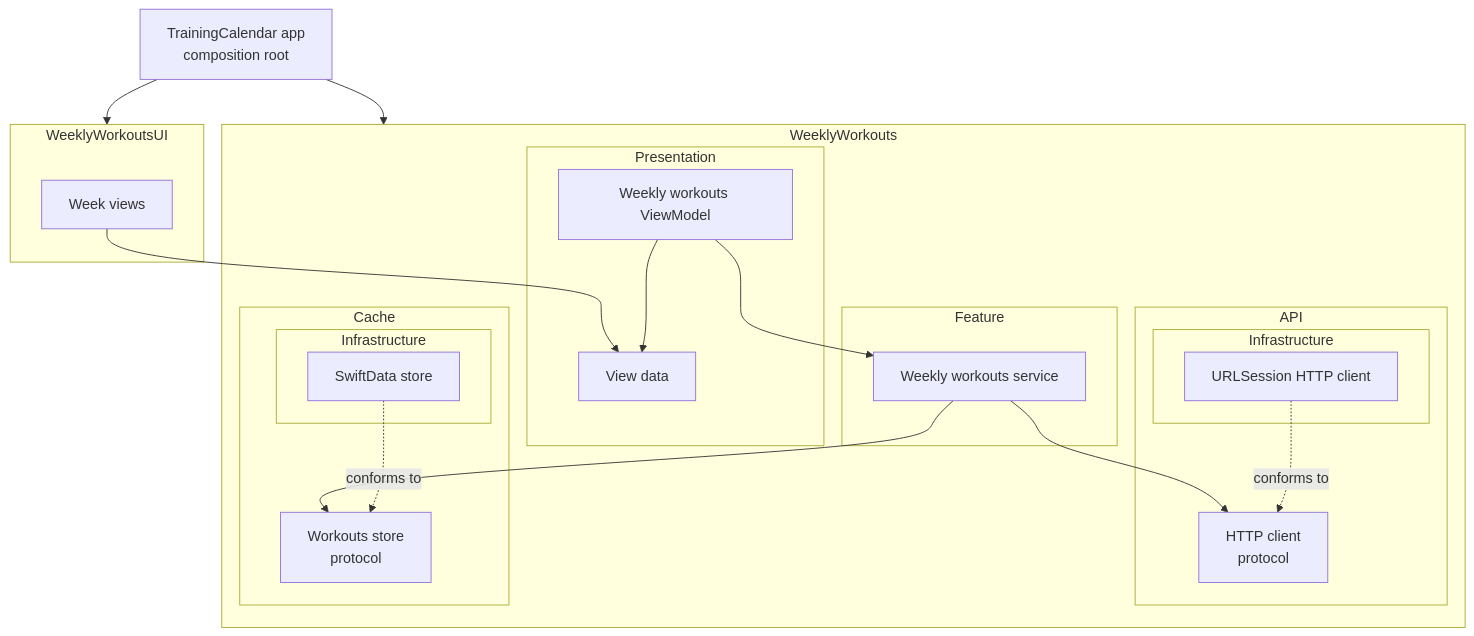
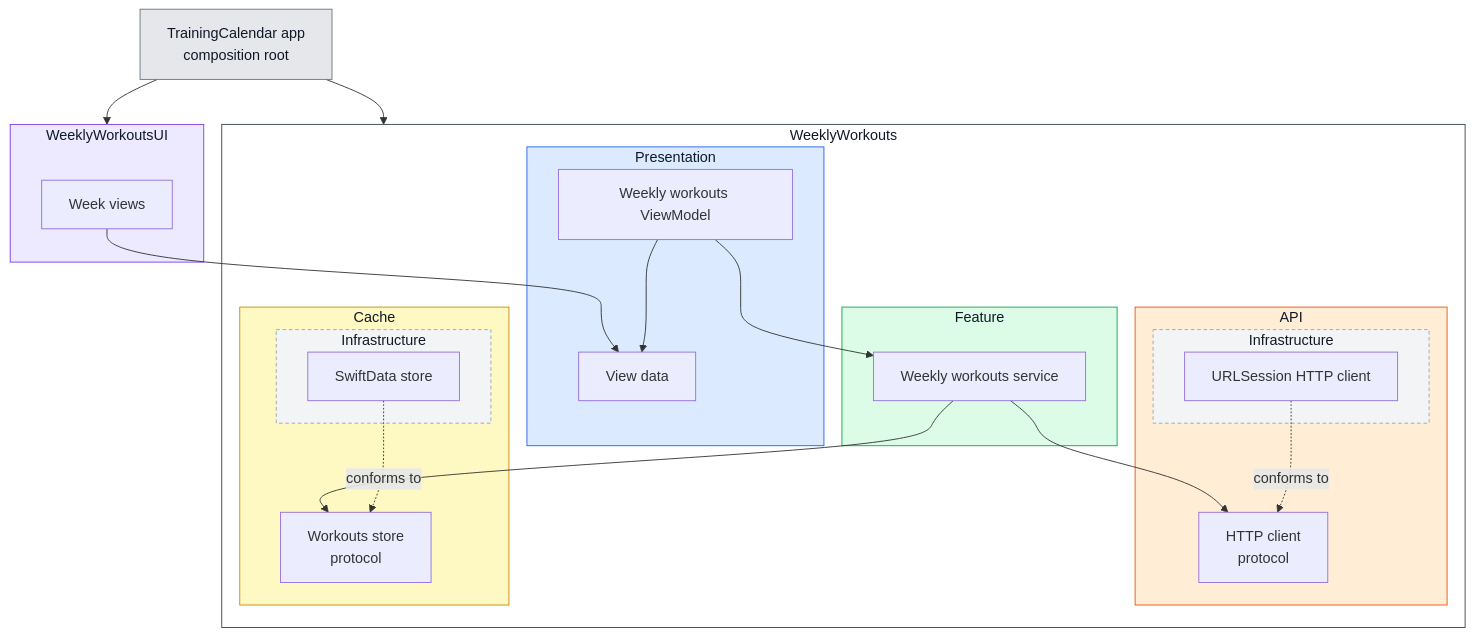
Before and after one commit to tringuyen623/training-calendar: the second of 2 diagrams in README.md, drawn with Mermaid.

Commit message:
Color the modules and capability groups in the architecture diagram so they're easy to tell apart

````diff
--- a/README.md
+++ b/README.md
@@ -378,40 +378,50 @@
 ```mermaid
 graph TD
     App["TrainingCalendar app<br/>composition root"]
 
     subgraph UIModule["WeeklyWorkoutsUI"]
         Views["Week views"]
     end
 
     subgraph Package["WeeklyWorkouts"]
         subgraph Presentation["Presentation"]
             ViewModel["Weekly workouts ViewModel"]
             ViewData["View data"]
         end
         subgraph Feature["Feature"]
             Service["Weekly workouts service"]
         end
         subgraph API["API"]
             Client["HTTP client<br/>protocol"]
             subgraph APIInfra["Infrastructure"]
                 URLSession["URLSession HTTP client"]
             end
         end
         subgraph Cache["Cache"]
             Store["Workouts store<br/>protocol"]
             subgraph CacheInfra["Infrastructure"]
                 SwiftData["SwiftData store"]
             end
         end
     end
 
     App --> UIModule
     App --> Package
     Views --> ViewData
     ViewModel --> ViewData
     ViewModel --> Service
     Service --> Client
     Service --> Store
     URLSession -. conforms to .-> Client
     SwiftData -. conforms to .-> Store
+
+    style App fill:#E5E7EB,stroke:#6B7280,color:#111827
+    style UIModule fill:#EDE9FE,stroke:#7C3AED,color:#111827
+    style Package fill:#FFFFFF,stroke:#374151,color:#111827
+    style Presentation fill:#DBEAFE,stroke:#2563EB,color:#111827
+    style Feature fill:#DCFCE7,stroke:#16A34A,color:#111827
+    style API fill:#FFEDD5,stroke:#EA580C,color:#111827
+    style Cache fill:#FEF9C3,stroke:#CA8A04,color:#111827
+    style APIInfra fill:#F3F4F6,stroke:#9CA3AF,stroke-dasharray:4 3,color:#111827
+    style CacheInfra fill:#F3F4F6,stroke:#9CA3AF,stroke-dasharray:4 3,color:#111827
 ```
````
